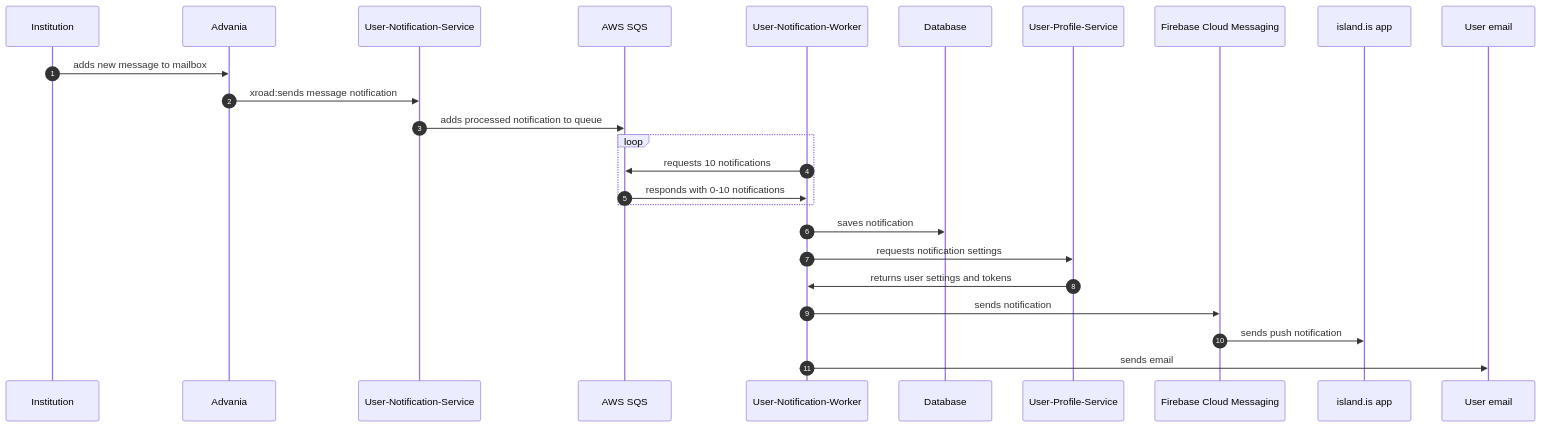
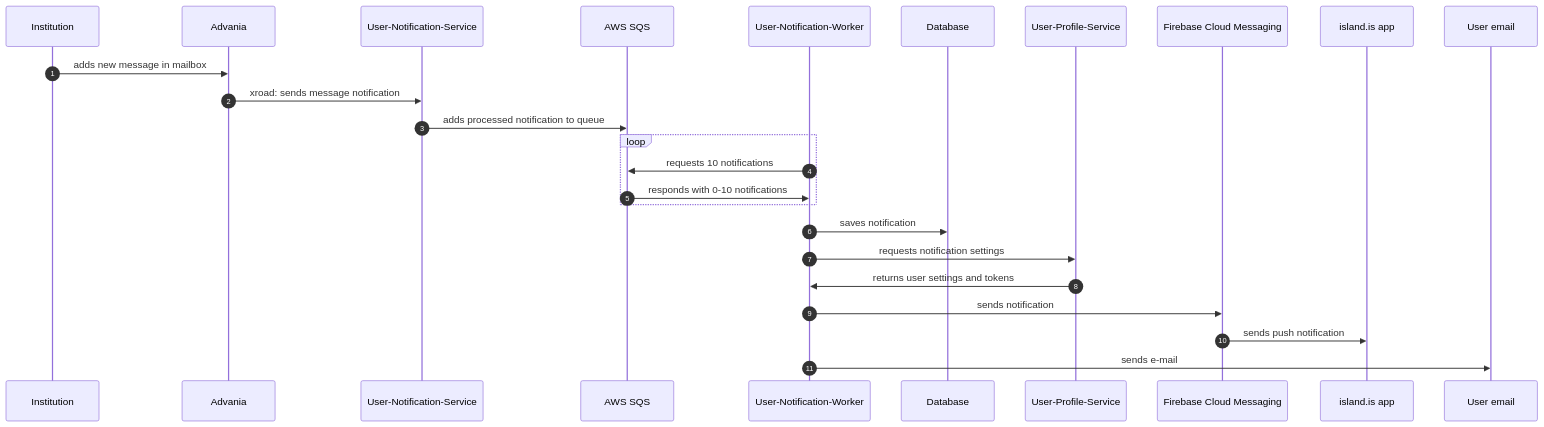
Before and after one commit to island-is/island.is: the diagram in apps/services/user-notification/README.md, drawn with Mermaid. The commit also changed other lines of this file and 12 other files, not shown here.

````diff
--- a/apps/services/user-notification/README.md
+++ b/apps/services/user-notification/README.md
@@ -9,17 +9,17 @@
 ```mermaid
 sequenceDiagram
     autonumber
-    Institution->>Advania:adds new message to mailbox
-    Advania->>User-Notification-Service:xroad:sends message notification
-    User-Notification-Service->>AWS SQS:adds processed notification to queue
+    Institution->>Advania: adds new message in mailbox
+    Advania->>User-Notification-Service: xroad: sends message notification
+    User-Notification-Service->>AWS SQS: adds processed notification to queue
     loop
-    User-Notification-Worker->>AWS SQS:requests 10 notifications
-    AWS SQS->>User-Notification-Worker:responds with 0-10 notifications
+    User-Notification-Worker->>AWS SQS: requests 10 notifications
+    AWS SQS->>User-Notification-Worker: responds with 0-10 notifications
     end
-    User-Notification-Worker->>Database:saves notification
-    User-Notification-Worker->>User-Profile-Service:requests notification settings
-    User-Profile-Service->>User-Notification-Worker:returns user settings and tokens
-    User-Notification-Worker->>Firebase Cloud Messaging:sends notification
-    Firebase Cloud Messaging->>island.is app:sends push notification
-    User-Notification-Worker->>User email:sends email
+    User-Notification-Worker->>Database: saves notification
+    User-Notification-Worker->>User-Profile-Service: requests notification settings
+    User-Profile-Service->>User-Notification-Worker: returns user settings and tokens
+    User-Notification-Worker->>Firebase Cloud Messaging: sends notification
+    Firebase Cloud Messaging->>island.is app: sends push notification
+    User-Notification-Worker->>User email: sends e-mail
 ```
````
